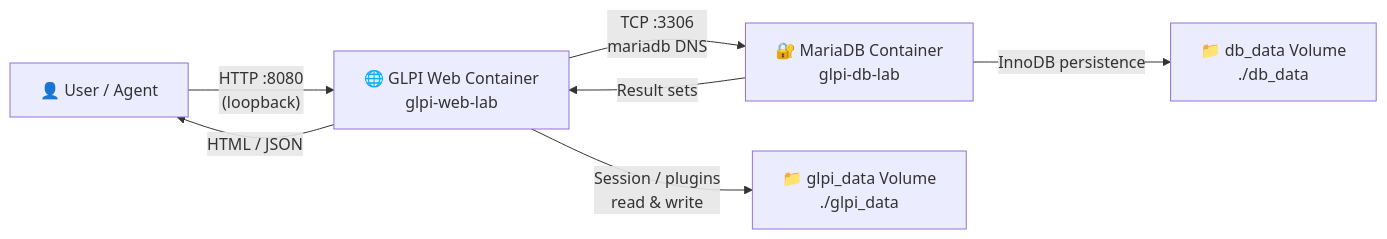
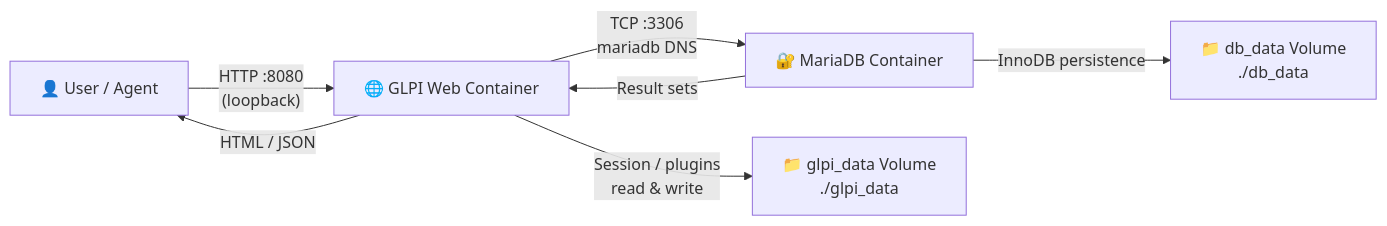
The first of 5 diagrams in GLPI/README.md (Selio30/imagenesDocker), drawn with Mermaid before and after one commit. The commit also changed other lines of this file, not shown here.

Commit message:
[DOCS] Update prerequisites and align architecture diagrams to fix Qodo warnings

````diff
--- a/GLPI/README.md
+++ b/GLPI/README.md
@@ -40,9 +40,9 @@
 ```mermaid
 flowchart LR
-    U["👤 User / Agent"] -->|"HTTP :8080<br/>(loopback)"| G["🌐 GLPI Web Container<br/>glpi-web-lab"]
-    G -->|"TCP :3306<br/>mariadb DNS"| M["🔐 MariaDB Container<br/>glpi-db-lab"]
+    U["👤 User / Agent"] -->|"HTTP :8080<br/>(loopback)"| G["🌐 GLPI Web Container"]
+    G -->|"TCP :3306<br/>mariadb DNS"| M["🔐 MariaDB Container"]
     M -->|"Result sets"| G
     G -->|"Session / plugins<br/>read & write"| V1["📁 glpi_data Volume<br/>./glpi_data"]
     M -->|"InnoDB persistence"| V2["📁 db_data Volume<br/>./db_data"]
     G -->|"HTML / JSON"| U
 ```
````
